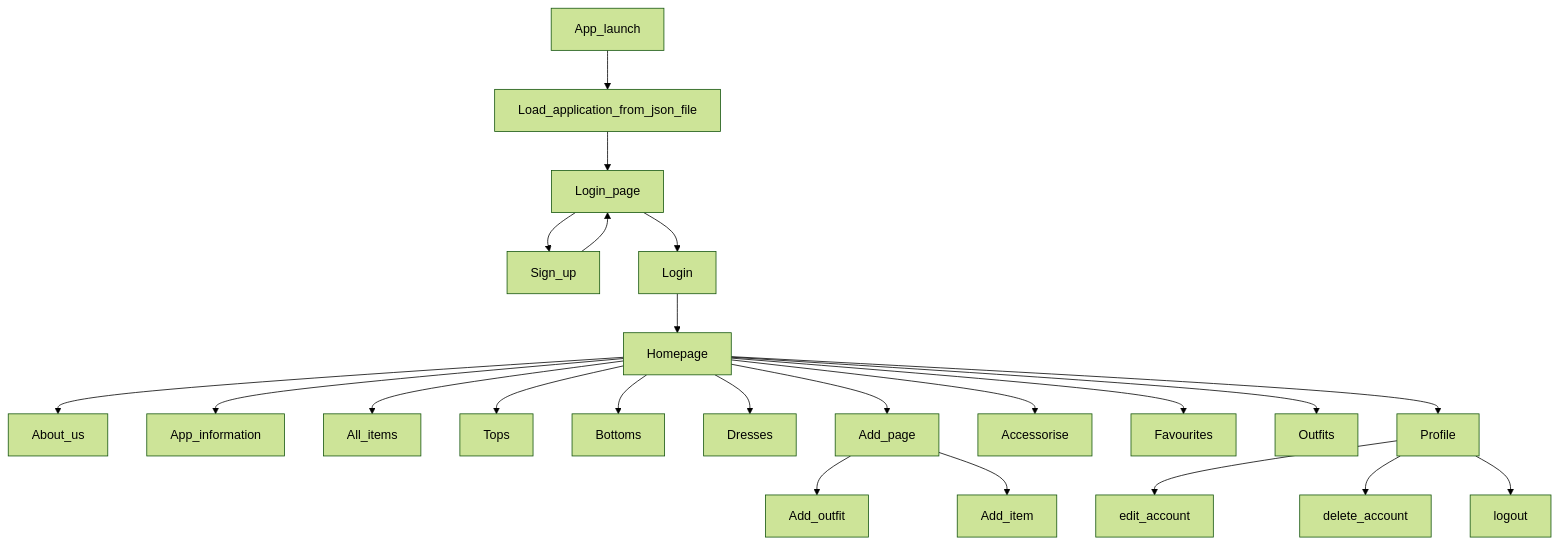
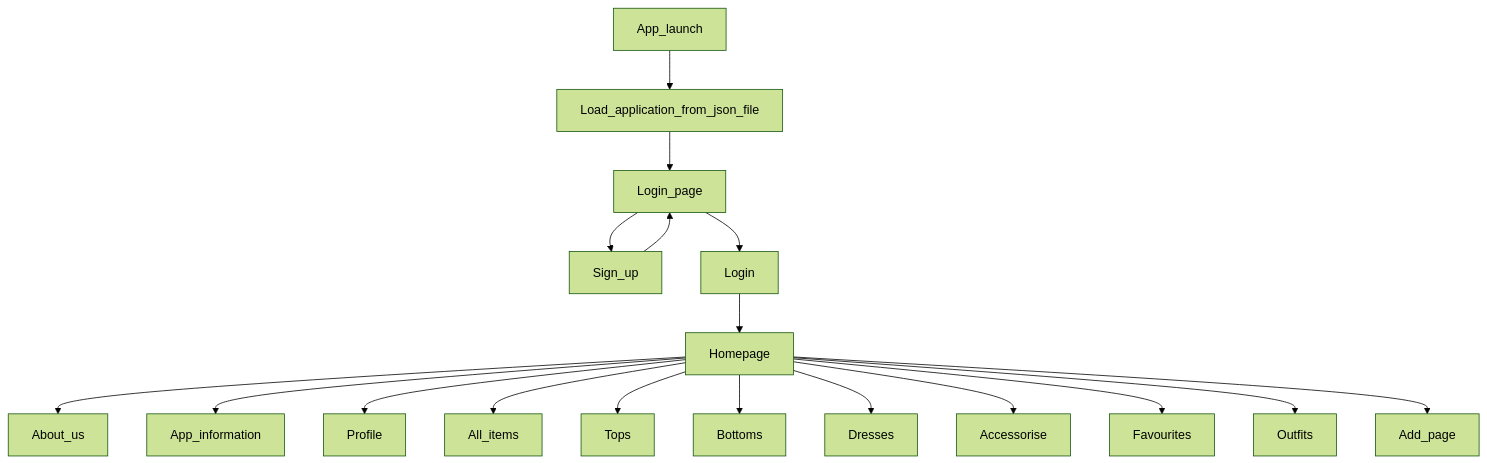
One commit to IreneAvezzu/test_ changed the diagram in readme.md. Above: the diagram before and after it, drawn with Mermaid (forest theme).

````diff
--- a/readme.md
+++ b/readme.md
@@ -5,26 +5,21 @@
 ```mermaid
 graph TD;
   App_launch-->Load_application_from_json_file;
   Load_application_from_json_file-->Login_page;
   Login_page-->Sign_up;
   Sign_up-->Login_page;
   Login_page-->Login;
   Login-->Homepage;
   Homepage-->About_us;
   Homepage-->App_information;
+  Homepage-->Profile;
   Homepage-->All_items;
   Homepage-->Tops;
   Homepage-->Bottoms;
   Homepage-->Dresses;
-  Homepage-->Add_page;
   Homepage-->Accessorise;
   Homepage-->Favourites;
   Homepage-->Outfits;
-  Homepage-->Profile;
-  
-  Add_page-->Add_outfit;
-  Add_page-->Add_item;
-  Profile-->edit_account;
-  Profile-->delete_account;
-  Profile-->logout;
+  Homepage-->Add_page;
+ 
 ```
````
